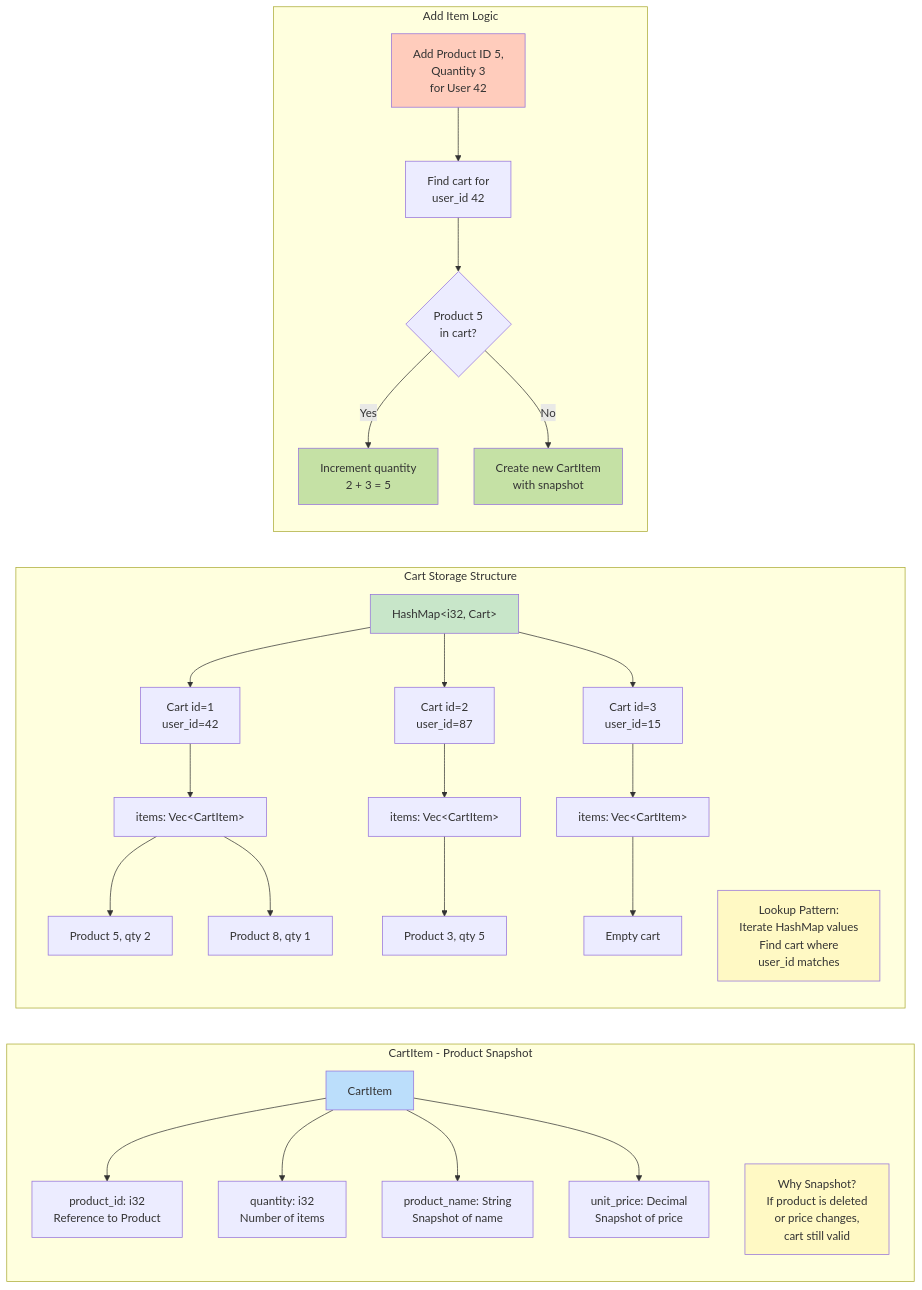
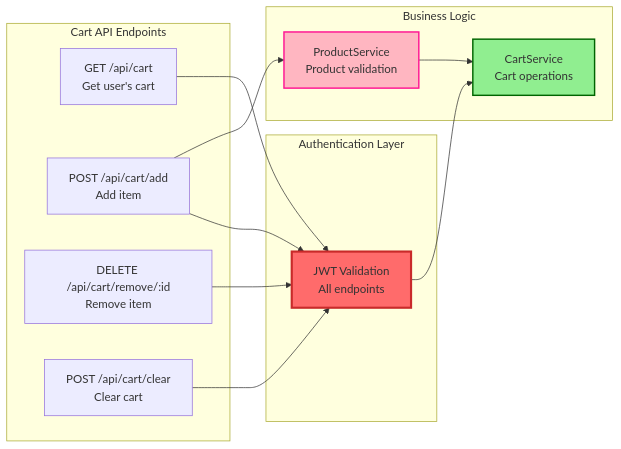
The fourth of 5 diagrams in .taskmaster/docs/task-5/diagrams.mmd (5dlabs/cto-parallel-test), drawn with Mermaid before and after one commit. The commit also changed other lines of this file and 34 other files, not shown here.

````diff
--- a/.taskmaster/docs/task-5/diagrams.mmd
+++ b/.taskmaster/docs/task-5/diagrams.mmd
@@ -280,64 +112,31 @@
 ```mermaid
 graph LR
-    subgraph "CartItem - Product Snapshot"
-        direction TB
-        CI[CartItem]
-        ProdID[product_id: i32<br/>Reference to Product]
-        Qty[quantity: i32<br/>Number of items]
-        Name[product_name: String<br/>Snapshot of name]
-        Price[unit_price: Decimal<br/>Snapshot of price]
-
-        CI --> ProdID
-        CI --> Qty
-        CI --> Name
-        CI --> Price
-
-        Note1[Why Snapshot?<br/>If product is deleted<br/>or price changes,<br/>cart still valid]
+    subgraph "Cart API Endpoints"
+        GET[GET /api/cart<br/>Get user's cart]
+        POST1[POST /api/cart/add<br/>Add item]
+        DELETE[DELETE /api/cart/remove/:id<br/>Remove item]
+        POST2[POST /api/cart/clear<br/>Clear cart]
     end
 
-    subgraph "Cart Storage Structure"
-        direction TB
-        HMS[HashMap&lt;i32, Cart&gt;]
-        C1[Cart id=1<br/>user_id=42]
-        C2[Cart id=2<br/>user_id=87]
-        C3[Cart id=3<br/>user_id=15]
-
-        HMS --> C1
-        HMS --> C2
-        HMS --> C3
-
-        C1 --> I1[items: Vec&lt;CartItem&gt;]
-        I1 --> I1A[Product 5, qty 2]
-        I1 --> I1B[Product 8, qty 1]
-
-        C2 --> I2[items: Vec&lt;CartItem&gt;]
-        I2 --> I2A[Product 3, qty 5]
-
-        C3 --> I3[items: Vec&lt;CartItem&gt;]
-        I3 --> I3Empty[Empty cart]
-
-        Note2[Lookup Pattern:<br/>Iterate HashMap values<br/>Find cart where<br/>user_id matches]
+    subgraph "Authentication Layer"
+        JWT[JWT Validation<br/>All endpoints]
     end
 
-    subgraph "Add Item Logic"
-        direction TB
-        AddReq[Add Product ID 5,<br/>Quantity 3<br/>for User 42]
-        FindCart[Find cart for<br/>user_id 42]
-        CheckItem{Product 5<br/>in cart?}
-        IncQty[Increment quantity<br/>2 + 3 = 5]
-        NewItem[Create new CartItem<br/>with snapshot]
-
-        AddReq --> FindCart
-        FindCart --> CheckItem
-        CheckItem -->|Yes| IncQty
-        CheckItem -->|No| NewItem
+    subgraph "Business Logic"
+        CartSvc2[CartService<br/>Cart operations]
+        ProdSvc2[ProductService<br/>Product validation]
     end
 
-    style CI fill:#bbdefb
-    style Note1 fill:#fff9c4
-    style HMS fill:#c8e6c9
-    style Note2 fill:#fff9c4
-    style AddReq fill:#ffccbc
-    style IncQty fill:#c5e1a5
-    style NewItem fill:#c5e1a5
+    GET --> JWT
+    POST1 --> JWT
+    DELETE --> JWT
+    POST2 --> JWT
+
+    JWT --> CartSvc2
+    POST1 --> ProdSvc2
+    ProdSvc2 --> CartSvc2
+
+    style JWT fill:#FF6B6B,stroke:#C92A2A,stroke-width:3px
+    style CartSvc2 fill:#90EE90,stroke:#006400,stroke-width:2px
+    style ProdSvc2 fill:#FFB6C1,stroke:#FF1493,stroke-width:2px
 ```
````
